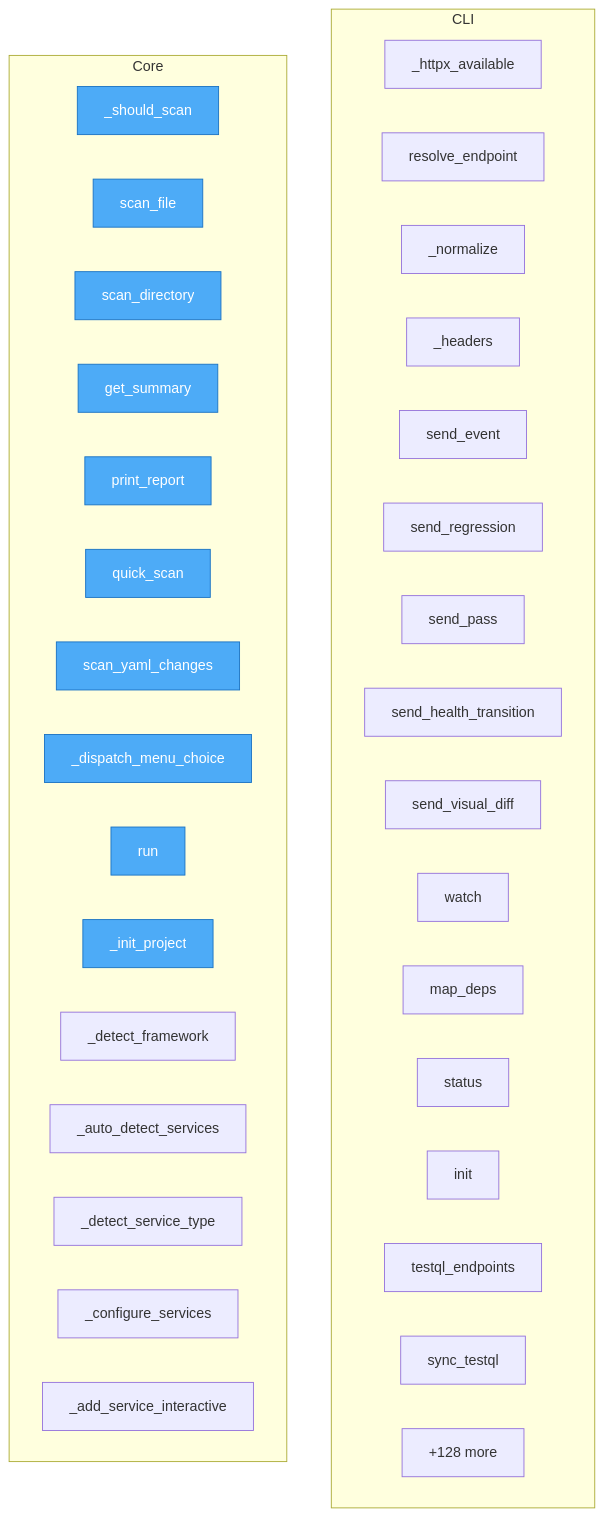
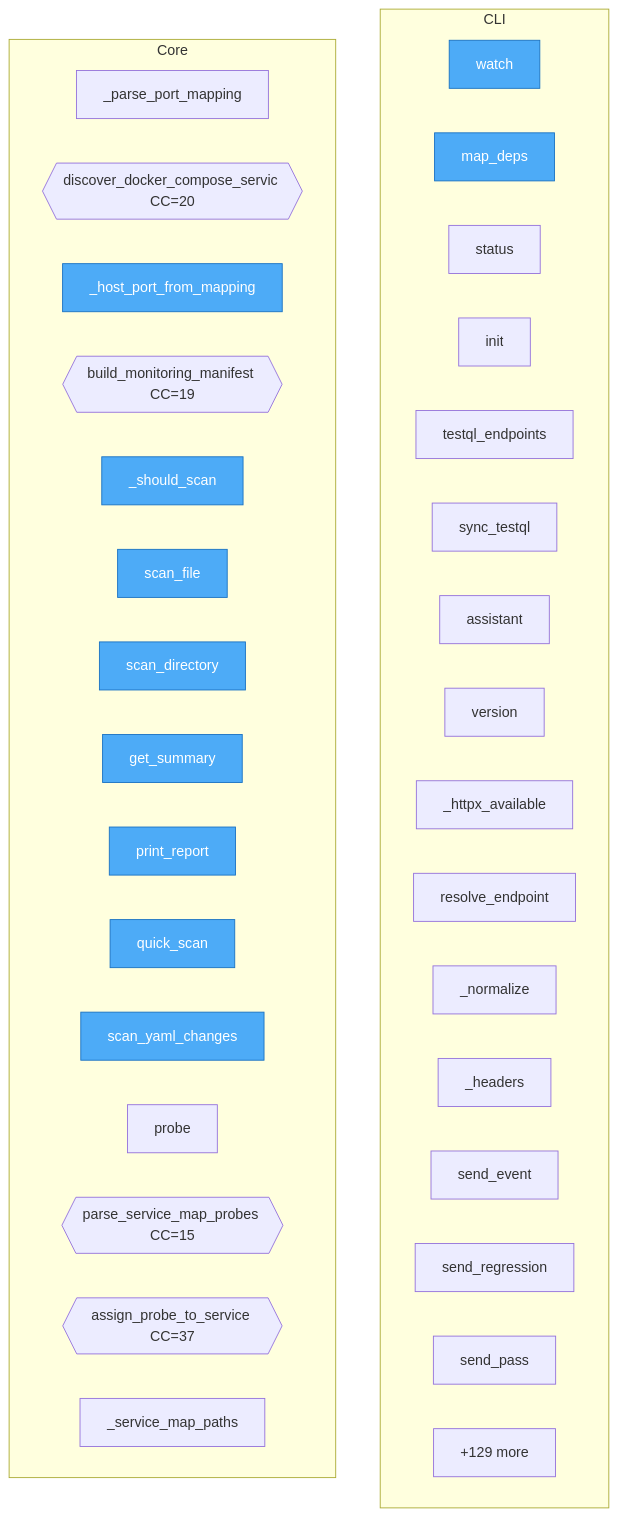
One commit to semcod/wup changed the diagram in project/flow.mmd. Above: the diagram before and after it, drawn with Mermaid. The commit also changed 38 other files, not shown here.

```diff
--- a/project/flow.mmd
+++ b/project/flow.mmd
@@ -1,45 +1,45 @@
 flowchart TD
 %% generated in 0.00s
 
     %% Entry points (blue)
     classDef entry fill:#4dabf7,stroke:#1971c2,color:#fff
 
     subgraph CLI
+        wup__cli__watch["watch"]
+        wup__cli__map_deps["map_deps"]
+        wup__cli__status["status"]
+        wup__cli__init["init"]
+        wup__cli__testql_endpoints["testql_endpoints"]
+        wup__cli__sync_testql["sync_testql"]
+        wup__cli__assistant["assistant"]
+        wup__cli__version["version"]
         wup__web_client___httpx_available["_httpx_available"]
         wup__web_client__resolve_endpoint["resolve_endpoint"]
         wup__web_client___normalize["_normalize"]
         wup__web_client__WebClient___headers["_headers"]
         wup__web_client__WebClient__send_event["send_event"]
         wup__web_client__WebClient__send_regression["send_regression"]
         wup__web_client__WebClient__send_pass["send_pass"]
-        wup__web_client__WebClient__send_health_transition["send_health_transition"]
-        wup__web_client__WebClient__send_visual_diff["send_visual_diff"]
-        wup__cli__watch["watch"]
-        wup__cli__map_deps["map_deps"]
-        wup__cli__status["status"]
-        wup__cli__init["init"]
-        wup__cli__testql_endpoints["testql_endpoints"]
-        wup__cli__sync_testql["sync_testql"]
         ...["+2 more"]
     end
 
     subgraph Core
+        wup__monitoring_manifest___parse_port_mapping["_parse_port_mapping"]
+        wup__monitoring_manifest__discover_docker_compose_services{{discover_docker_compose_servic CC=20}}
+        wup__monitoring_manifest___host_port_from_mapping["_host_port_from_mapping"]
+        wup__monitoring_manifest__build_monitoring_manifest{{build_monitoring_manifest CC=19}}
         wup__anomaly_detector__AnomalyDetector___should_scan["_should_scan"]
         wup__anomaly_detector__AnomalyDetector__scan_file["scan_file"]
         wup__anomaly_detector__AnomalyDetector__scan_directory["scan_directory"]
         wup__anomaly_detector__AnomalyDetector__get_summary["get_summary"]
         wup__anomaly_detector__AnomalyDetector__print_report["print_report"]
         wup__anomaly_detector__quick_scan["quick_scan"]
         wup__anomaly_detector__scan_yaml_changes["scan_yaml_changes"]
-        wup__assistant__WupAssistant___dispatch_menu_choice["_dispatch_menu_choice"]
-        wup__assistant__WupAssistant__run["run"]
-        wup__assistant__WupAssistant___init_project["_init_project"]
-        wup__assistant__WupAssistant___detect_framework["_detect_framework"]
-        wup__assistant__WupAssistant___auto_detect_services["_auto_detect_services"]
-        wup__assistant__WupAssistant___detect_service_type["_detect_service_type"]
-        wup__assistant__WupAssistant___configure_services["_configure_services"]
-        wup__assistant__WupAssistant___add_service_interactive["_add_service_interactive"]
-        ...["+128 more"]
+        wup__testql_monitor__ProbeTarget__probe["probe"]
+        wup__testql_monitor__parse_service_map_probes{{parse_service_map_probes CC=15}}
+        wup__testql_monitor__assign_probe_to_service{{assign_probe_to_service CC=37}}
+        wup__testql_monitor__TestQLMonitor___service_map_paths["_service_map_paths"]
+        ...["+129 more"]
     end
 
-    class wup__anomaly_detector__AnomalyDetector___should_scan,wup__anomaly_detector__AnomalyDetector__scan_file,wup__anomaly_detector__AnomalyDetector__scan_directory,wup__anomaly_detector__AnomalyDetector__get_summary,wup__anomaly_detector__AnomalyDetector__print_report,wup__anomaly_detector__quick_scan,wup__anomaly_detector__scan_yaml_changes,wup__assistant__WupAssistant___dispatch_menu_choice,wup__assistant__WupAssistant__run,wup__assistant__WupAssistant___init_project entry
+    class wup__monitoring_manifest___host_port_from_mapping,wup__anomaly_detector__AnomalyDetector___should_scan,wup__anomaly_detector__AnomalyDetector__scan_file,wup__anomaly_detector__AnomalyDetector__scan_directory,wup__anomaly_detector__AnomalyDetector__get_summary,wup__anomaly_detector__AnomalyDetector__print_report,wup__anomaly_detector__quick_scan,wup__anomaly_detector__scan_yaml_changes,wup__cli__watch,wup__cli__map_deps entry
```
